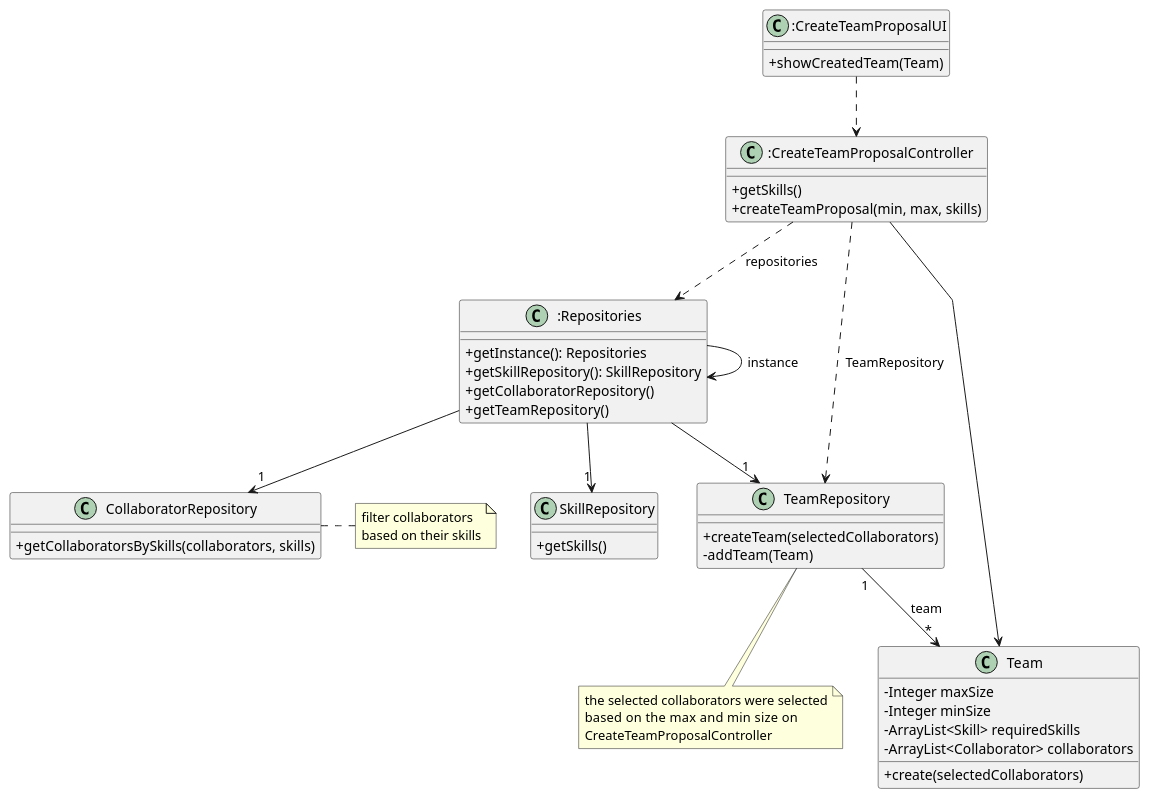
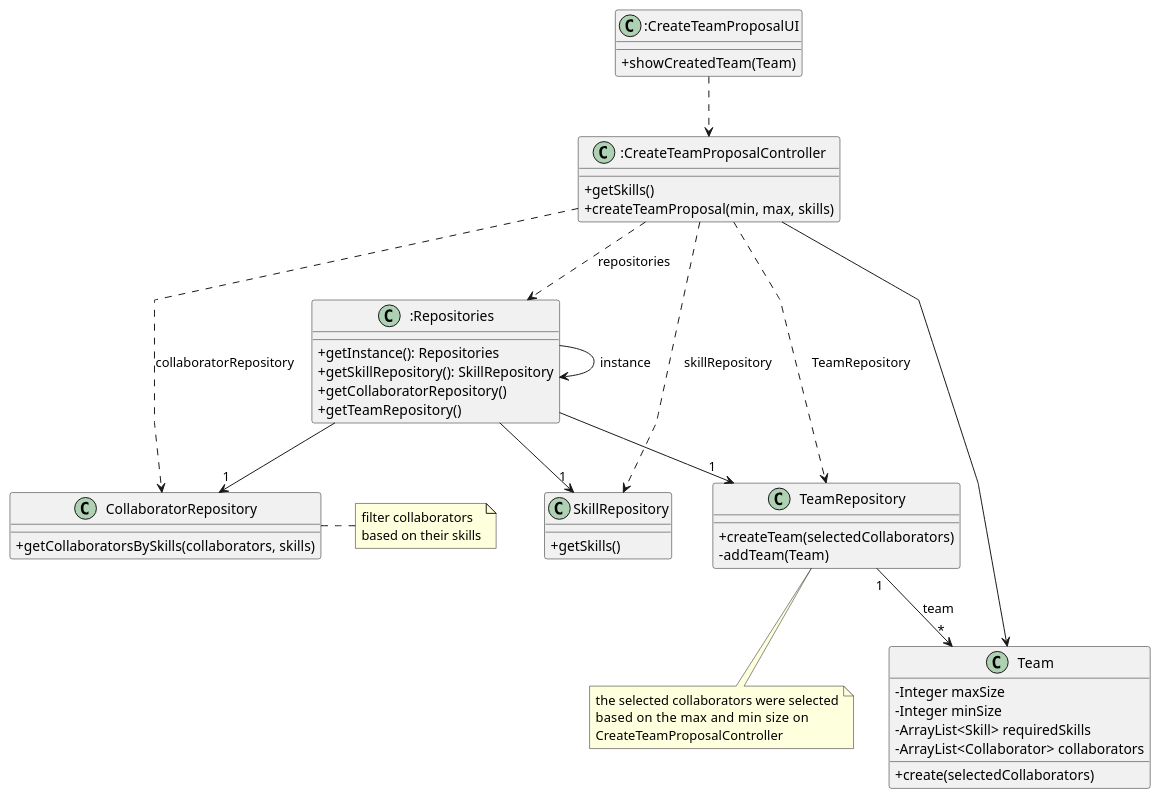
One commit to Departamento-de-Engenharia-Informatica/lei-24-s2-1do-g164 changed the diagram in docs/sprintB/us005/03.design/puml/us005-class-diagram.puml. Above: the diagram before and after it, drawn with PlantUML. The commit also changed 4 other files, not shown here.

```diff
--- a/docs/sprintB/us005/03.design/puml/us005-class-diagram.puml
+++ b/docs/sprintB/us005/03.design/puml/us005-class-diagram.puml
@@ -1,72 +1,73 @@
  @startuml
 'skinparam monochrome true
 skinparam packageStyle rectangle
 skinparam shadowing false
 skinparam linetype polyline
 'skinparam linetype orto
 
 skinparam classAttributeIconSize 0
 
 'left to right direction
 
 
 class ":CreateTeamProposalUI" as CreateTeamProposalUI {
 
     +showCreatedTeam(Team)
 }
 
 
 class ":CreateTeamProposalController" as CreateTeamProposalController {
 +getSkills()
     +createTeamProposal(min, max, skills)
 
 }
 
 
 
 class ":Repositories" as Repositories {
     +getInstance(): Repositories
     +getSkillRepository(): SkillRepository
     +getCollaboratorRepository()
     +getTeamRepository()
 }
 
 class "SkillRepository" as SkillRepository {
     +getSkills()
 
 }
 
 
 class "CollaboratorRepository" as CollaboratorRepository {
     +getCollaboratorsBySkills(collaborators, skills)
 }
 
 class "TeamRepository" as TeamRepository {
     +createTeam(selectedCollaborators)
     -addTeam(Team)
 }
 note bottom of TeamRepository: the selected collaborators were selected\nbased on the max and min size   on\nCreateTeamProposalController
 
 class "Team" as Team {
     -Integer maxSize
     -Integer minSize
     -ArrayList<Skill> requiredSkills
     -ArrayList<Collaborator> collaborators
 
     +create(selectedCollaborators)
 
 }
 
  note right of "CollaboratorRepository" : filter collaborators\nbased on their skills
 
 CreateTeamProposalUI ..> CreateTeamProposalController
 Repositories -> Repositories : instance
 CreateTeamProposalController ..> Repositories: repositories
 Repositories --> "1"SkillRepository
 Repositories -->"1" CollaboratorRepository
 Repositories --> "1"TeamRepository
 CreateTeamProposalController ..> TeamRepository: TeamRepository
 TeamRepository "1" --> "*"Team: team
 CreateTeamProposalController --> Team
-
+CreateTeamProposalController ..> SkillRepository: skillRepository
+CreateTeamProposalController ..> CollaboratorRepository: collaboratorRepository
 @enduml
```
